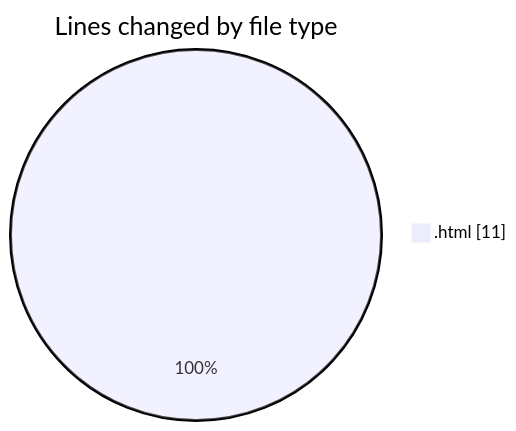
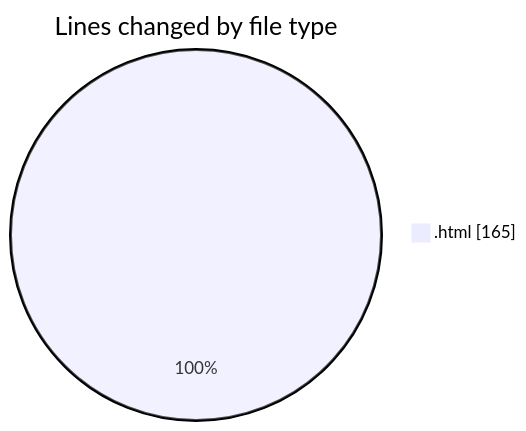
The first of 2 diagrams in 2026-08-27/web_tec_2026/README.md (Unknowalive/code-tracking), drawn with Mermaid before and after one commit. The commit also changed other lines of this file and 1 other file, not shown here.

````diff
--- a/2026-08-27/web_tec_2026/README.md
+++ b/2026-08-27/web_tec_2026/README.md
@@ -20,5 +23,5 @@
 ```mermaid
 pie showData
 title Lines changed by file type
-".html" : 11
+".html" : 165
 ```
````
